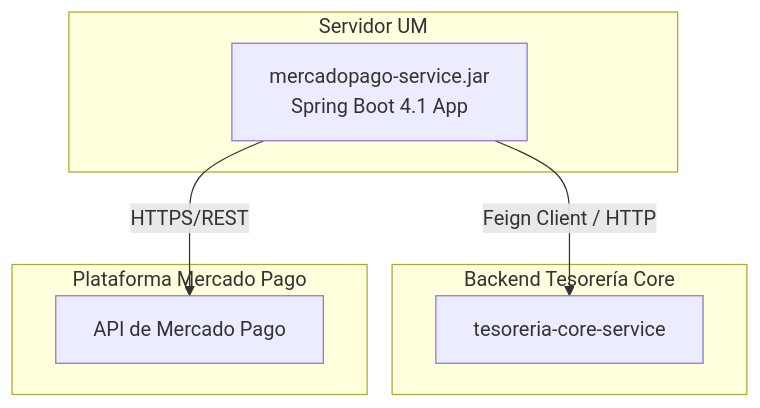
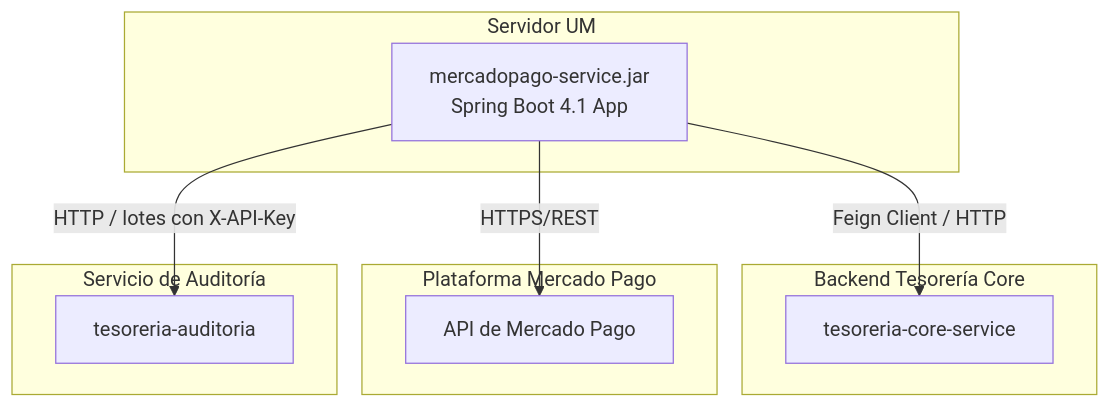
One commit to UM-services/UM.tesoreria.mercadopago-service changed the diagram in docs/diagrams/despliegue.mmd. Above: the diagram before and after it, drawn with Mermaid. The commit also changed 30 other files, not shown here.

```diff
--- a/docs/diagrams/despliegue.mmd
+++ b/docs/diagrams/despliegue.mmd
@@ -1,15 +1,20 @@
 flowchart TD
     subgraph ServidorUM["Servidor UM"]
         APP["mercadopago-service.jar<br/>Spring Boot 4.1 App"]
     end
 
     subgraph BackendCore["Backend Tesorería Core"]
         CORE["tesoreria-core-service"]
     end
 
     subgraph MPPlatform["Plataforma Mercado Pago"]
         MP_API["API de Mercado Pago"]
     end
 
+    subgraph AuditPlatform["Servicio de Auditoría"]
+        AUDIT["tesoreria-auditoria"]
+    end
+
     APP -->|"HTTPS/REST"| MP_API
     APP -->|"Feign Client / HTTP"| CORE
+    APP -->|"HTTP / lotes con X-API-Key"| AUDIT
```
